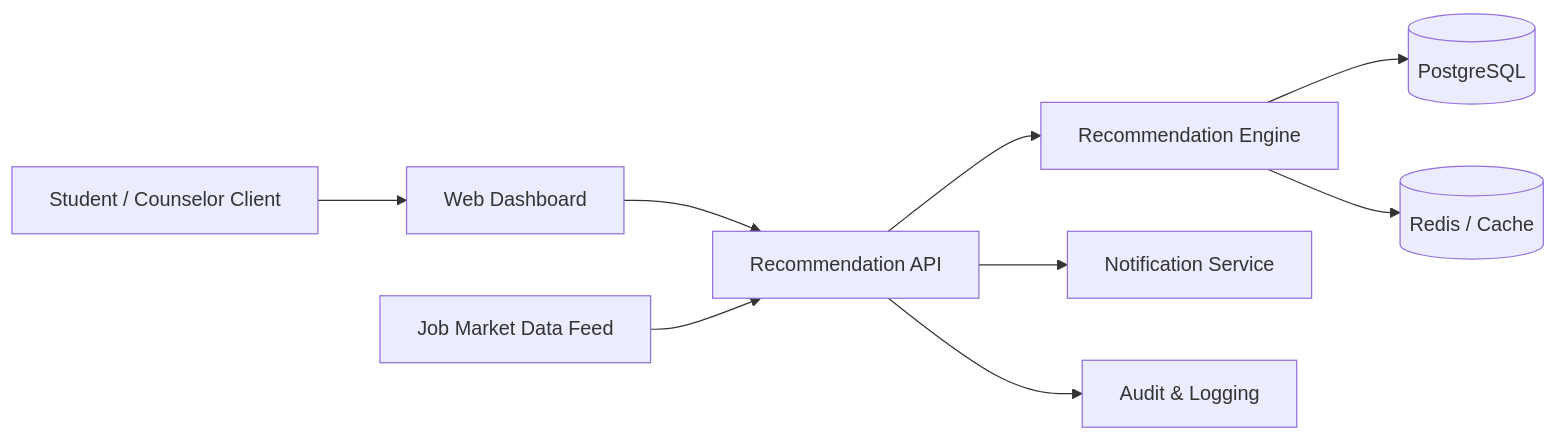
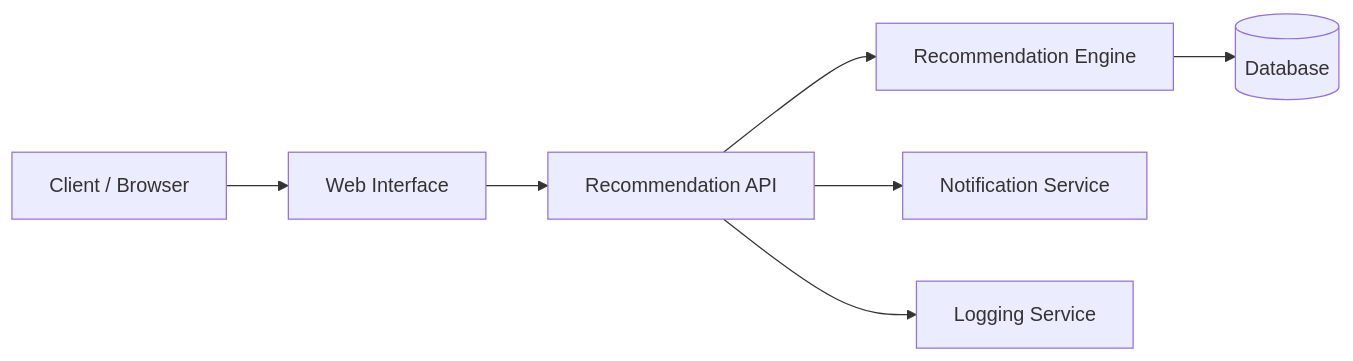
Before and after one commit to Aditi2512Gupta/CareerAI: the seventh of 8 diagrams in README.md, drawn with Mermaid. The commit also changed other lines of this file, not shown here.

Commit message:
Fix Mermaid diagrams in README

````diff
--- a/README.md
+++ b/README.md
@@ -224,11 +208,9 @@
 ```mermaid
-flowchart LR
-    Client[Student / Counselor Client] --> Dashboard[Web Dashboard]
-    Dashboard --> API[Recommendation API]
+graph LR
+    Client[Client / Browser] --> Web[Web Interface]
+    Web --> API[Recommendation API]
     API --> Engine[Recommendation Engine]
     API --> Notify[Notification Service]
-    Engine --> DB[(PostgreSQL)]
-    Engine --> Cache[(Redis / Cache)]
-    API --> Audit[Audit & Logging]
-    Market[Job Market Data Feed] --> API
+    Engine --> DB[(Database)]
+    API --> Log[Logging Service]
 ```
````
